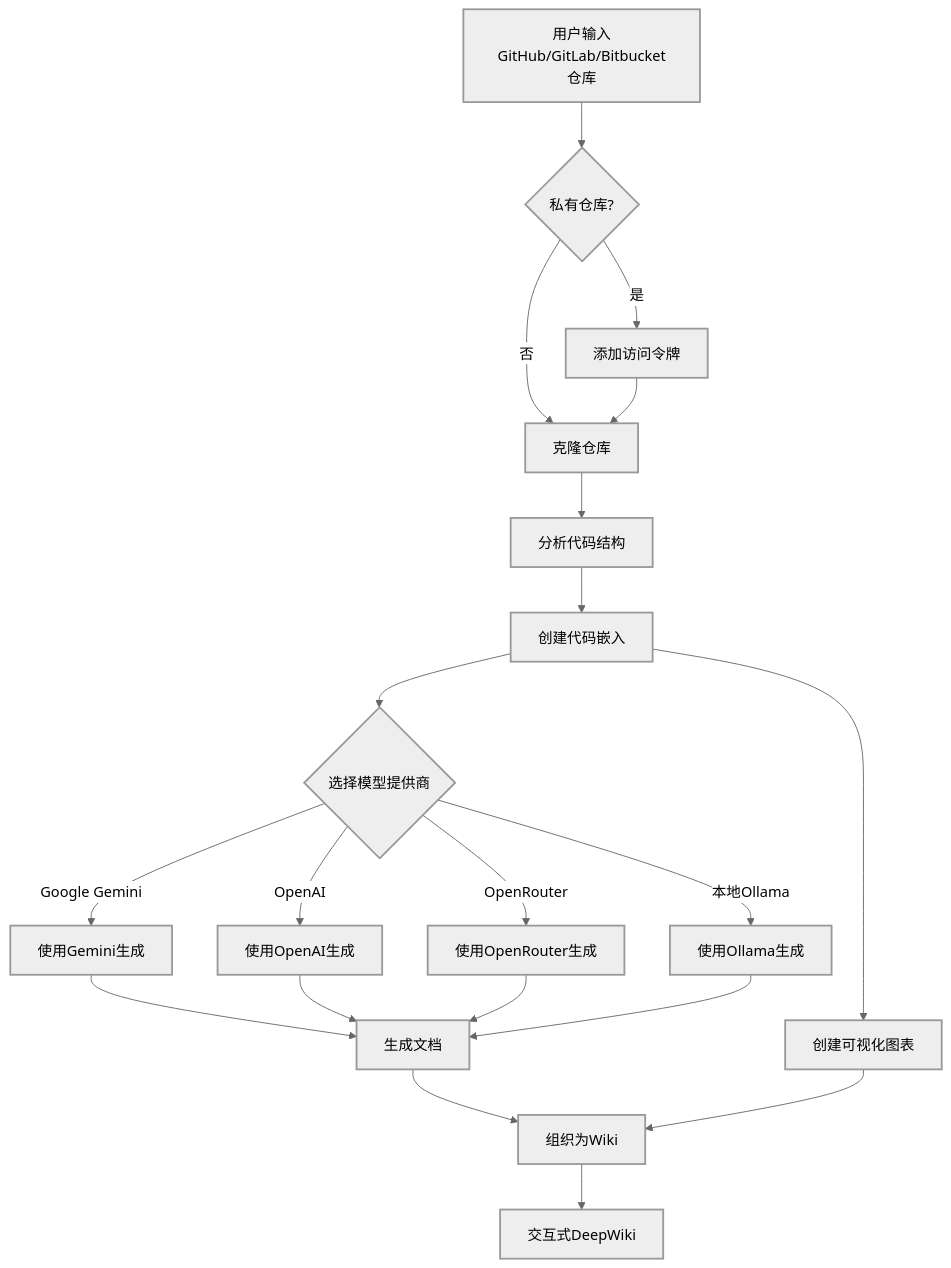
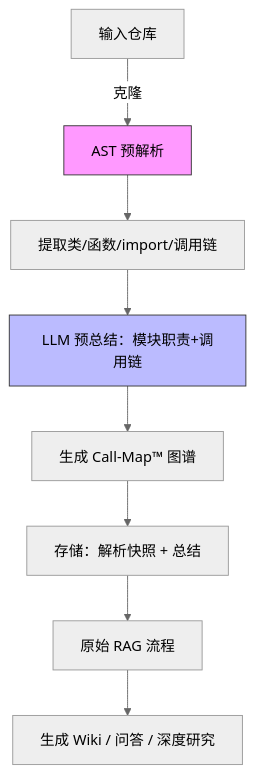
One commit to H-Z-Ning/deepwiki-plus changed the diagram in README.zh.md. Above: the diagram before and after it, drawn with Mermaid (neutral theme). The commit also changed other lines of this file, not shown here.

````diff
--- a/README.zh.md
+++ b/README.zh.md
@@ -116,35 +94,12 @@
 ```mermaid
 graph TD
-    A[用户输入GitHub/GitLab/Bitbucket仓库] --> AA{私有仓库?}
-    AA -->|是| AB[添加访问令牌]
-    AA -->|否| B[克隆仓库]
-    AB --> B
-    B --> C[分析代码结构]
-    C --> D[创建代码嵌入]
-
-    D --> M{选择模型提供商}
-    M -->|Google Gemini| E1[使用Gemini生成]
-    M -->|OpenAI| E2[使用OpenAI生成]
-    M -->|OpenRouter| E3[使用OpenRouter生成]
-    M -->|本地Ollama| E4[使用Ollama生成]
-
-    E1 --> E[生成文档]
-    E2 --> E
-    E3 --> E
-    E4 --> E
-
-    D --> F[创建可视化图表]
-    E --> G[组织为Wiki]
-    F --> G
-    G --> H[交互式DeepWiki]
-
-    classDef process stroke-width:2px;
-    classDef data stroke-width:2px;
-    classDef result stroke-width:2px;
-    classDef decision stroke-width:2px;
-
-    class A,D data;
-    class AA,M decision;
-    class B,C,E,F,G,AB,E1,E2,E3,E4 process;
-    class H result;
+    A[输入仓库] -->|克隆| B[AST 预解析]
+    B --> C[提取类/函数/import/调用链]
+    C --> D[LLM 预总结：模块职责+调用链]
+    D --> E[生成 Call-Map™ 图谱]
+    E --> F[存储：解析快照 + 总结]
+    F --> G[原始 RAG 流程]
+    G --> H[生成 Wiki / 问答 / 深度研究]
+    style B fill:#f9f,stroke:#333
+    style D fill:#bbf,stroke:#333
 ```
````
